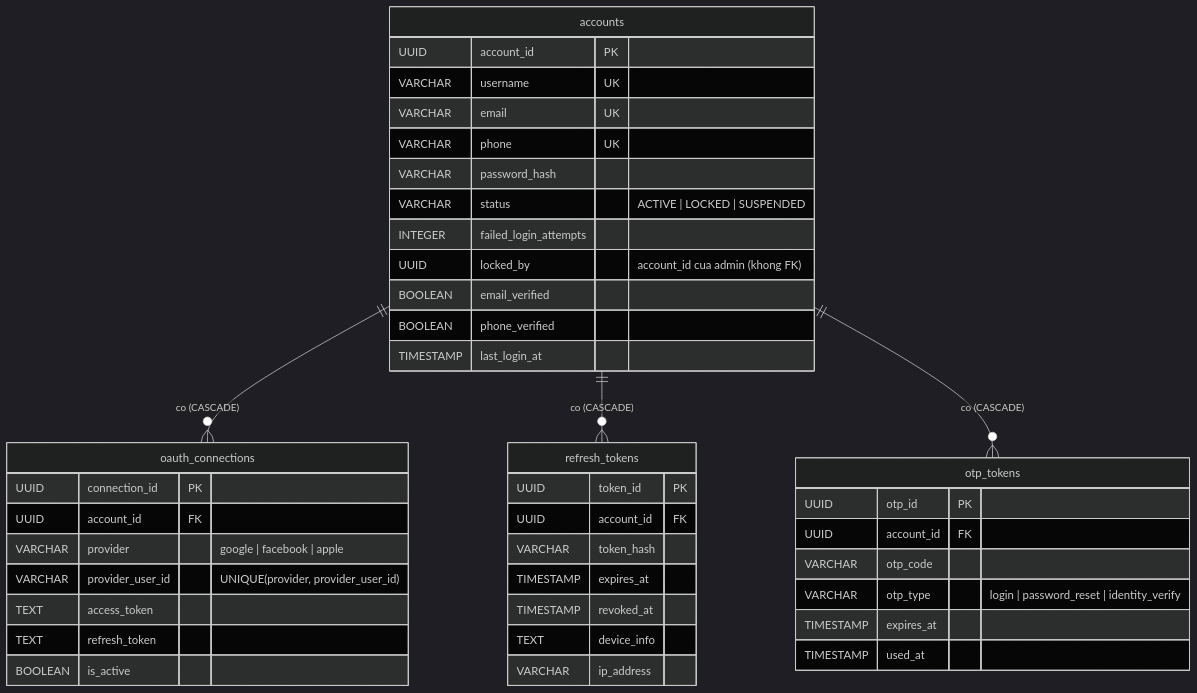
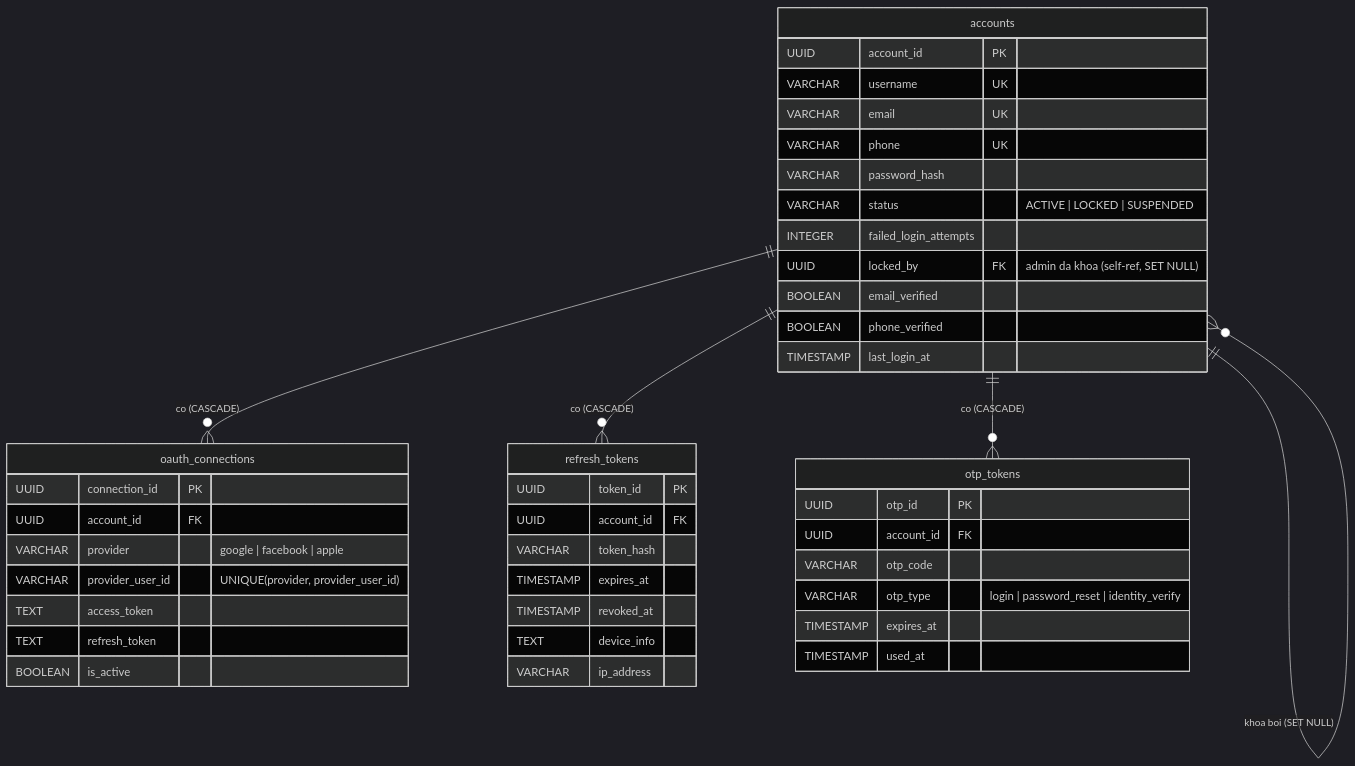
One commit to LTPPPP/Smart-Medical-Intelligent-Ledger-for-E-health-S.M.I.L.E- changed the diagram in database/erd/auth-service.mmd. Above: the diagram before and after it, drawn with Mermaid (dark theme). The commit also changed 10 other files, not shown here.

```diff
--- a/database/erd/auth-service.mmd
+++ b/database/erd/auth-service.mmd
@@ -1,49 +1,50 @@
 %% ERD — auth_service_db (database/iam-service/auth-service/schema.sql)
 %% Quan hệ nét liền = FK thật trong DB
 erDiagram
     accounts {
         UUID account_id PK
         VARCHAR username UK
         VARCHAR email UK
         VARCHAR phone UK
         VARCHAR password_hash
         VARCHAR status "ACTIVE | LOCKED | SUSPENDED"
         INTEGER failed_login_attempts
-        UUID locked_by "account_id cua admin (khong FK)"
+        UUID locked_by FK "admin da khoa (self-ref, SET NULL)"
         BOOLEAN email_verified
         BOOLEAN phone_verified
         TIMESTAMP last_login_at
     }
 
     oauth_connections {
         UUID connection_id PK
         UUID account_id FK
         VARCHAR provider "google | facebook | apple"
         VARCHAR provider_user_id "UNIQUE(provider, provider_user_id)"
         TEXT access_token
         TEXT refresh_token
         BOOLEAN is_active
     }
 
     refresh_tokens {
         UUID token_id PK
         UUID account_id FK
         VARCHAR token_hash
         TIMESTAMP expires_at
         TIMESTAMP revoked_at
         TEXT device_info
         VARCHAR ip_address
     }
 
     otp_tokens {
         UUID otp_id PK
         UUID account_id FK
         VARCHAR otp_code
         VARCHAR otp_type "login | password_reset | identity_verify"
         TIMESTAMP expires_at
         TIMESTAMP used_at
     }
 
+    accounts ||--o{ accounts : "khoa boi (SET NULL)"
     accounts ||--o{ oauth_connections : "co (CASCADE)"
     accounts ||--o{ refresh_tokens : "co (CASCADE)"
     accounts ||--o{ otp_tokens : "co (CASCADE)"
```
